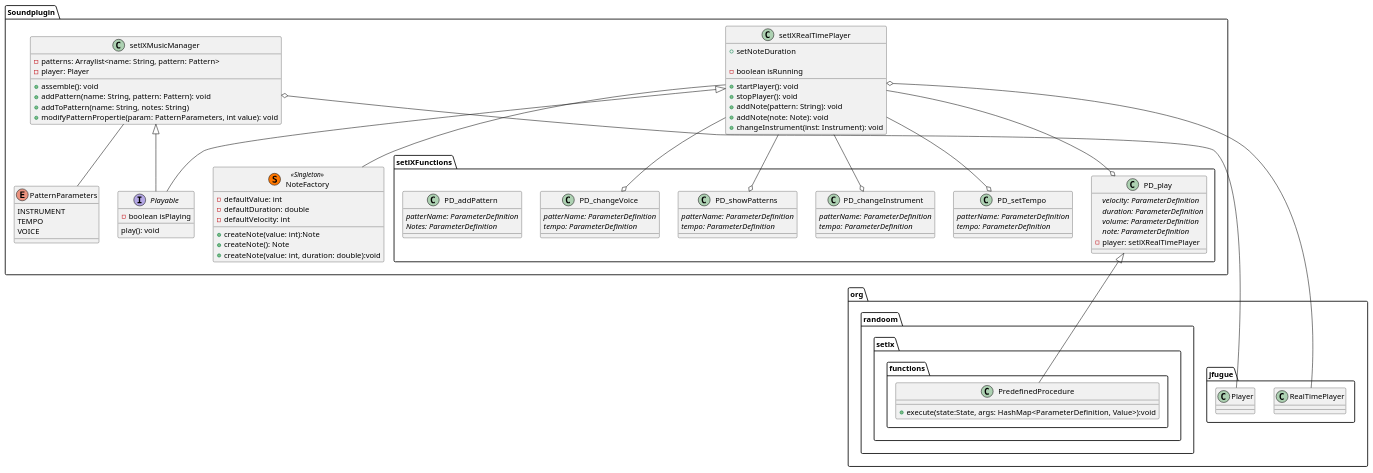
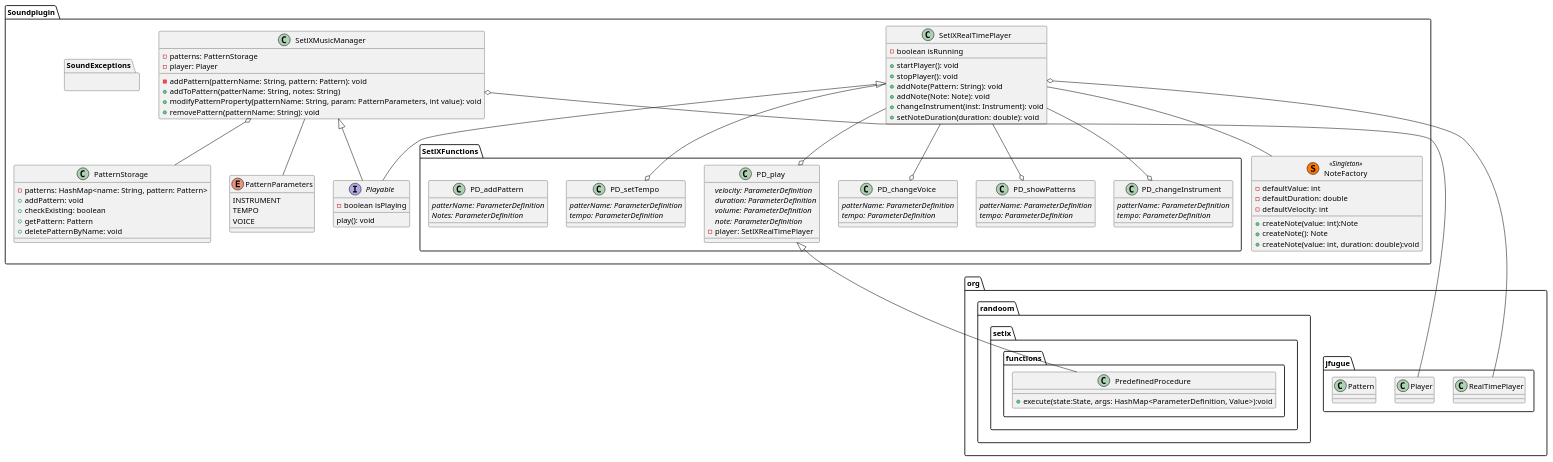
Before and after one commit to lukas681/setlX: the diagram in interpreter/sound_addon/documentation/test.puml, drawn with PlantUML.

Commit message:
uppercase for class names

```diff
--- a/interpreter/sound_addon/documentation/test.puml
+++ b/interpreter/sound_addon/documentation/test.puml
@@ -1,106 +1,119 @@
 @startuml
 
 package Soundplugin {
-    class setlXRealTimePlayer{
+    class SetlXRealTimePlayer{
+    -boolean isRunning
+
     +startPlayer(): void
     +stopPlayer(): void
-    +addNote(pattern: String): void
-    +addNote(note: Note): void
+    +addNote(Pattern: String): void
+    +addNote(Note: Note): void
     +changeInstrument(inst: Instrument): void
-    +setNoteDuration
+    +setNoteDuration(duration: double): void
 
-    -boolean isRunning
+
 
     }
     class NoteFactory <<(S,#FF7700) Singleton>>{
     -defaultValue: int
     -defaultDuration: double
     -defaultVelocity: int
 
     +createNote(value: int):Note
     +createNote(): Note
     +createNote(value: int, duration: double):void
 
     }
         interface Playable{
         -boolean isPlaying
         play(): void
         }
-    class setlXMusicManager {
+    class SetlXMusicManager {
+    -patterns: PatternStorage
+    -player: Player
+    -addPattern(patternName: String, pattern: Pattern): void
+    +addToPattern(patterName: String, notes: String)
+    +modifyPatternProperty(patternName: String, param: PatternParameters, int value): void
+    +removePattern(patternName: String): void
 
-    -patterns: Arraylist<name: String, pattern: Pattern>
-    -player: Player
-    +assemble(): void
-    +addPattern(name: String, pattern: Pattern): void
-    +addToPattern(name: String, notes: String)
-    +modifyPatternPropertie(param: PatternParameters, int value): void
+    }
+    class PatternStorage{
+    -patterns: HashMap<name: String, pattern: Pattern>
+    +addPattern: void
+    +checkExisting: boolean
+    +getPattern: Pattern
+    +deletePatternByName: void
     }
 
     enum PatternParameters{
     INSTRUMENT
     TEMPO
     VOICE
     }
 
-package  setlXFunctions {
+package  SetlXFunctions {
     class PD_play {
     {abstract} velocity: ParameterDefinition
     {abstract} duration: ParameterDefinition
     {abstract} volume: ParameterDefinition
     {abstract} note: ParameterDefinition
-    -player: setlXRealTimePlayer
+    -player: SetlXRealTimePlayer
     }
     class PD_setTempo{
     {abstract} patterName: ParameterDefinition
     {abstract} tempo: ParameterDefinition
     }
     class PD_changeInstrument{
     {abstract} patterName: ParameterDefinition
     {abstract} tempo: ParameterDefinition
     }
     class PD_showPatterns{
     {abstract} patterName: ParameterDefinition
     {abstract} tempo: ParameterDefinition
     }
     class PD_changeVoice{
     {abstract} patterName: ParameterDefinition
     {abstract} tempo: ParameterDefinition
     }
     class PD_addPattern{
     {abstract} patterName: ParameterDefinition
     {abstract} Notes: ParameterDefinition
     }
 }
+package SoundExceptions{
+}
 }
 
 package  org.randoom.setlx.functions {
 
 class PredefinedProcedure {
 +execute(state:State, args: HashMap<ParameterDefinition, Value>):void
 }
 
 }
 
 package  org.jfugue{
     class RealTimePlayer{
     }
     class Player{
     }
+    class Pattern
 }
 
 PD_play <|-- PredefinedProcedure
-setlXRealTimePlayer -- NoteFactory
-setlXRealTimePlayer --o PD_play
-setlXRealTimePlayer --o PD_changeInstrument
-setlXRealTimePlayer --o PD_showPatterns
-setlXRealTimePlayer --o PD_changeVoice
-setlXRealTimePlayer --o PD_setTempo
-setlXRealTimePlayer <|-- Playable
-setlXMusicManager <|-- Playable
-setlXMusicManager -- PatternParameters
-setlXMusicManager o-- Player
-setlXRealTimePlayer  o-- RealTimePlayer
+SetlXRealTimePlayer -- NoteFactory
+SetlXRealTimePlayer --o PD_play
+SetlXRealTimePlayer --o PD_changeInstrument
+SetlXRealTimePlayer --o PD_showPatterns
+SetlXRealTimePlayer --o PD_changeVoice
+SetlXRealTimePlayer --o PD_setTempo
+SetlXRealTimePlayer <|-- Playable
+SetlXMusicManager <|-- Playable
+SetlXMusicManager -- PatternParameters
+SetlXMusicManager o-- Player
+SetlXRealTimePlayer  o-- RealTimePlayer
+SetlXMusicManager  o-- PatternStorage
 
 
 
 @enduml
```
